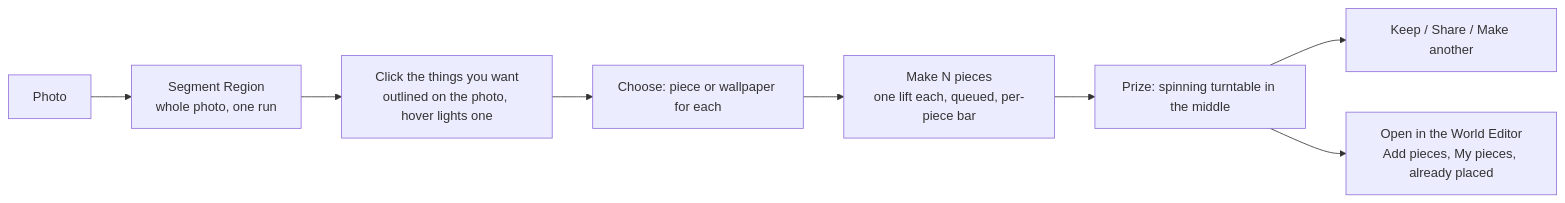
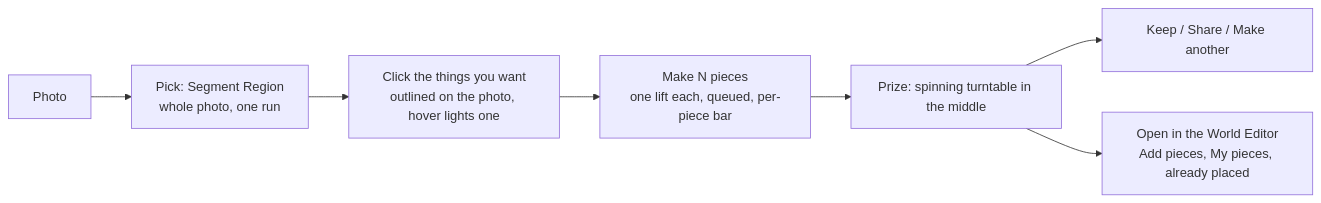
Before and after one commit to gitgithan/conquercourse: the second of 4 diagrams in docs/community-flow-guide.md, drawn with Mermaid. The commit also changed other lines of this file and 2 other files, not shown here.

First line of the commit message:
Community docs describe the app as it is, with no wallpaper text (Part of CC-249)

````diff
--- a/docs/community-flow-guide.md
+++ b/docs/community-flow-guide.md
@@ -72,10 +63,9 @@
 ```mermaid
 flowchart LR
-  A["Photo"] --> C["Segment Region<br/>whole photo, one run"]
+  A["Photo"] --> C["Pick: Segment Region<br/>whole photo, one run"]
   C --> D["Click the things you want<br/>outlined on the photo, hover lights one"]
-  D --> E["Choose: piece or wallpaper for each"]
-  E --> F["Make N pieces<br/>one lift each, queued, per-piece bar"]
+  D --> F["Make N pieces<br/>one lift each, queued, per-piece bar"]
   F --> G["Prize: spinning turntable in the middle"]
   G --> H["Keep / Share / Make another"]
   G --> I["Open in the World Editor<br/>Add pieces, My pieces, already placed"]
 ```
````
